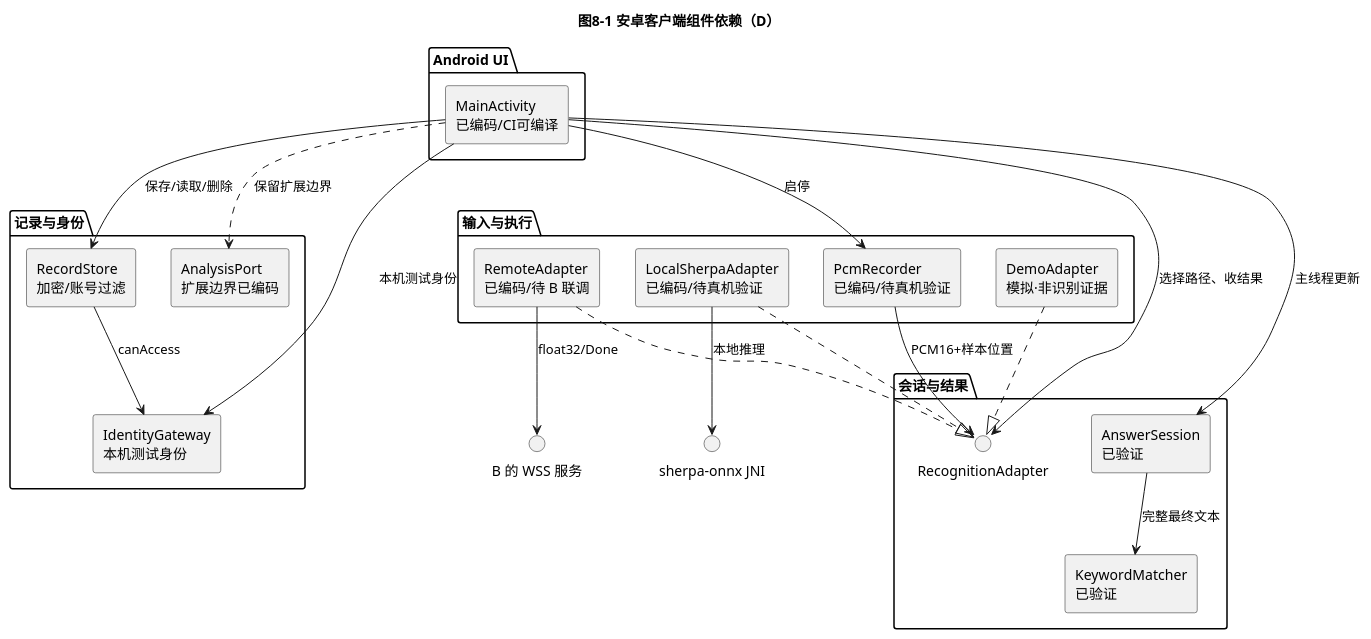
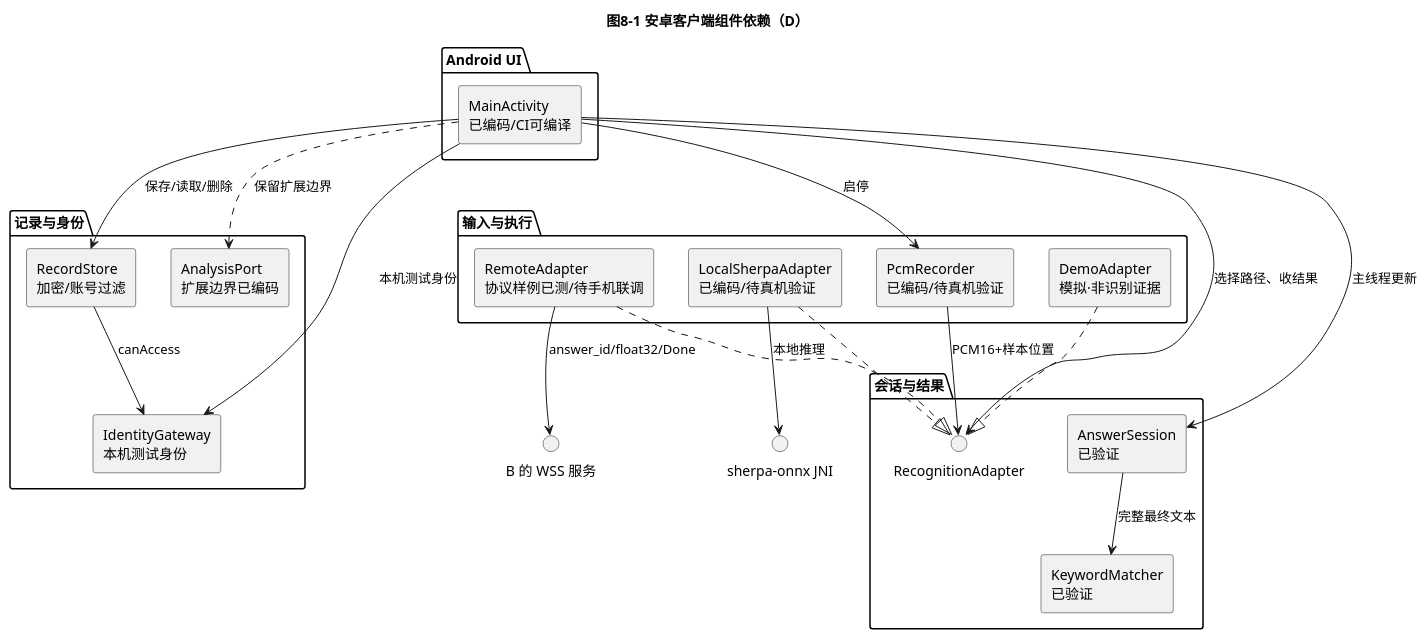
The diagram in 图8-1_组件依赖.puml (YYT-GUIYANG/interview-client-d), drawn with PlantUML before and after one commit. The commit also changed 15 other files, not shown here.

```diff
--- a/图8-1_组件依赖.puml
+++ b/图8-1_组件依赖.puml
@@ -1,37 +1,37 @@
 @startuml
 title 图8-1 安卓客户端组件依赖（D）
 skinparam componentStyle rectangle
 package "Android UI" {
   [MainActivity\n已编码/CI可编译] as UI
 }
 package "会话与结果" {
   [AnswerSession\n已验证] as Session
   [KeywordMatcher\n已验证] as Match
   interface "RecognitionAdapter" as Adapter
 }
 package "输入与执行" {
   [PcmRecorder\n已编码/待真机验证] as Capture
   [DemoAdapter\n模拟·非识别证据] as Demo
-  [RemoteAdapter\n已编码/待 B 联调] as Remote
+  [RemoteAdapter\n协议样例已测/待手机联调] as Remote
   [LocalSherpaAdapter\n已编码/待真机验证] as Local
 }
 package "记录与身份" {
   [RecordStore\n加密/账号过滤] as Store
   [IdentityGateway\n本机测试身份] as Id
   [AnalysisPort\n扩展边界已编码] as Analysis
 }
 UI --> Capture : 启停
 UI --> Adapter : 选择路径、收结果
 UI --> Session : 主线程更新
 Session --> Match : 完整最终文本
 UI --> Store : 保存/读取/删除
 UI --> Id : 本机测试身份
 UI ..> Analysis : 保留扩展边界
 Demo ..|> Adapter
 Remote ..|> Adapter
 Local ..|> Adapter
 Capture --> Adapter : PCM16+样本位置
-Remote --> "B 的 WSS 服务" : float32/Done
+Remote --> "B 的 WSS 服务" : answer_id/float32/Done
 Local --> "sherpa-onnx JNI" : 本地推理
 Store --> Id : canAccess
 @enduml
```
